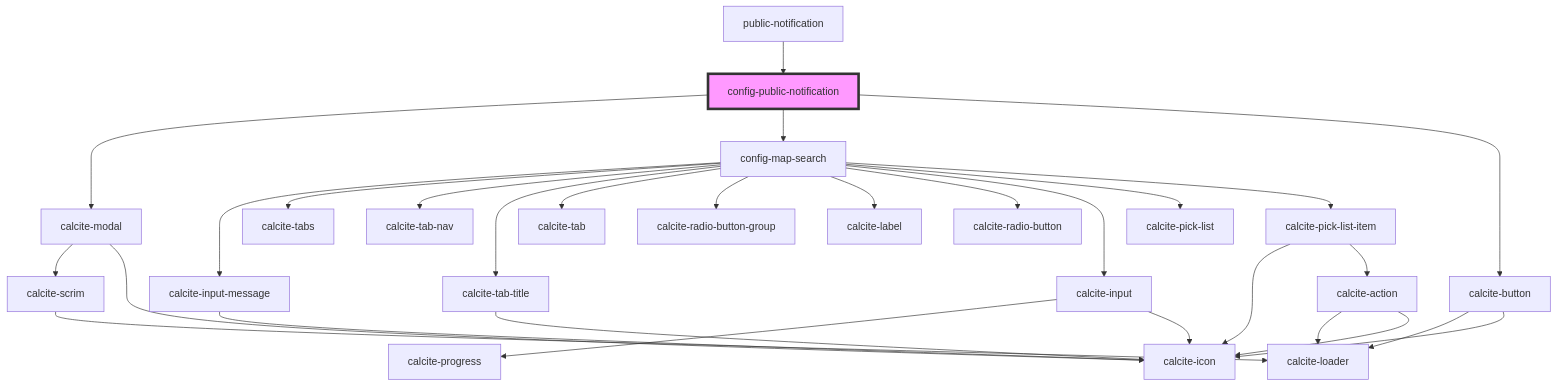
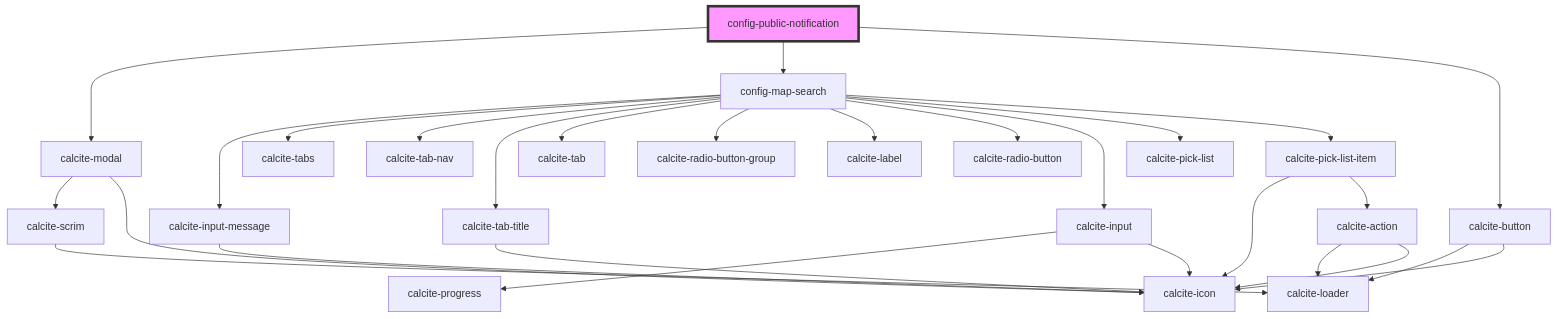
The diagram in src/components/config-public-notification/readme.md (Esri/solutions-components), drawn with Mermaid before and after one commit. The commit also changed other lines of this file and 13 other files, not shown here.

Commit message:
remove old pn and update sketch to store geom vs graphics

````diff
--- a/src/components/config-public-notification/readme.md
+++ b/src/components/config-public-notification/readme.md
@@ -38,32 +34,31 @@
 ```mermaid
 graph TD;
   config-public-notification --> calcite-modal
   config-public-notification --> config-map-search
   config-public-notification --> calcite-button
   calcite-modal --> calcite-scrim
   calcite-modal --> calcite-icon
   calcite-scrim --> calcite-loader
   config-map-search --> calcite-input-message
   config-map-search --> calcite-tabs
   config-map-search --> calcite-tab-nav
   config-map-search --> calcite-tab-title
   config-map-search --> calcite-tab
   config-map-search --> calcite-radio-button-group
   config-map-search --> calcite-label
   config-map-search --> calcite-radio-button
   config-map-search --> calcite-input
   config-map-search --> calcite-pick-list
   config-map-search --> calcite-pick-list-item
   calcite-input-message --> calcite-icon
   calcite-tab-title --> calcite-icon
   calcite-input --> calcite-progress
   calcite-input --> calcite-icon
   calcite-pick-list-item --> calcite-icon
   calcite-pick-list-item --> calcite-action
   calcite-action --> calcite-loader
   calcite-action --> calcite-icon
   calcite-button --> calcite-loader
   calcite-button --> calcite-icon
-  public-notification --> config-public-notification
   style config-public-notification fill:#f9f,stroke:#333,stroke-width:4px
 ```
````
